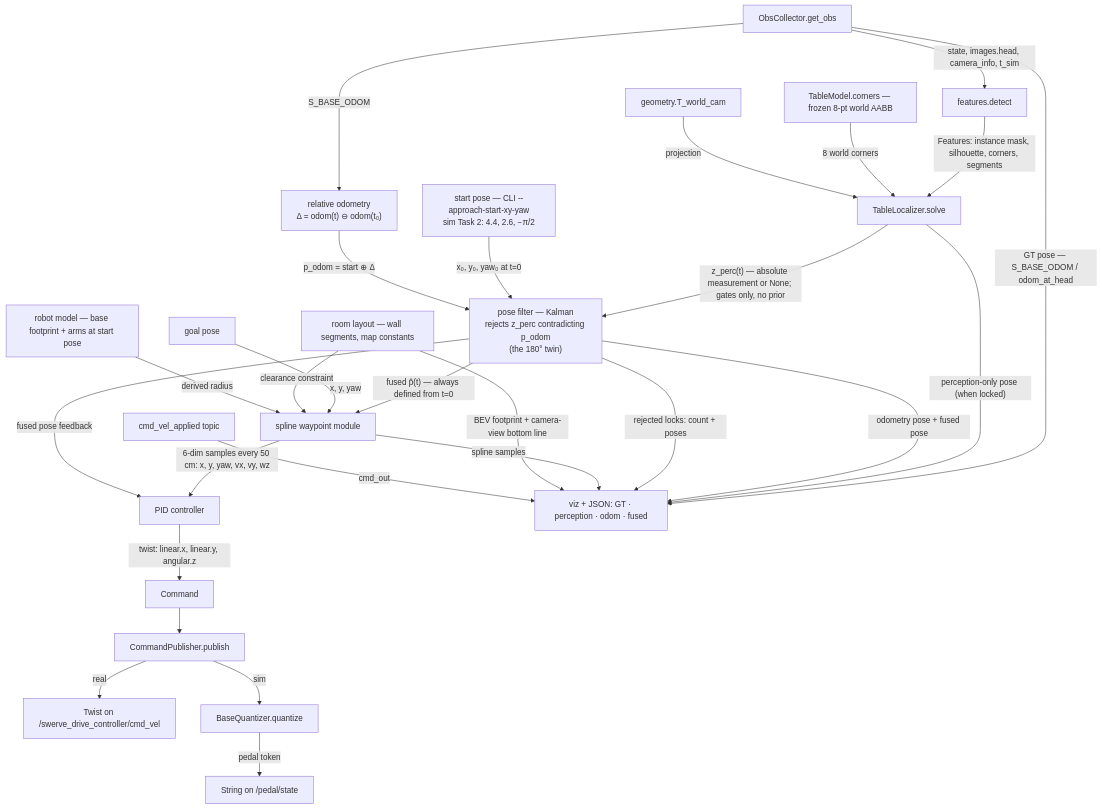
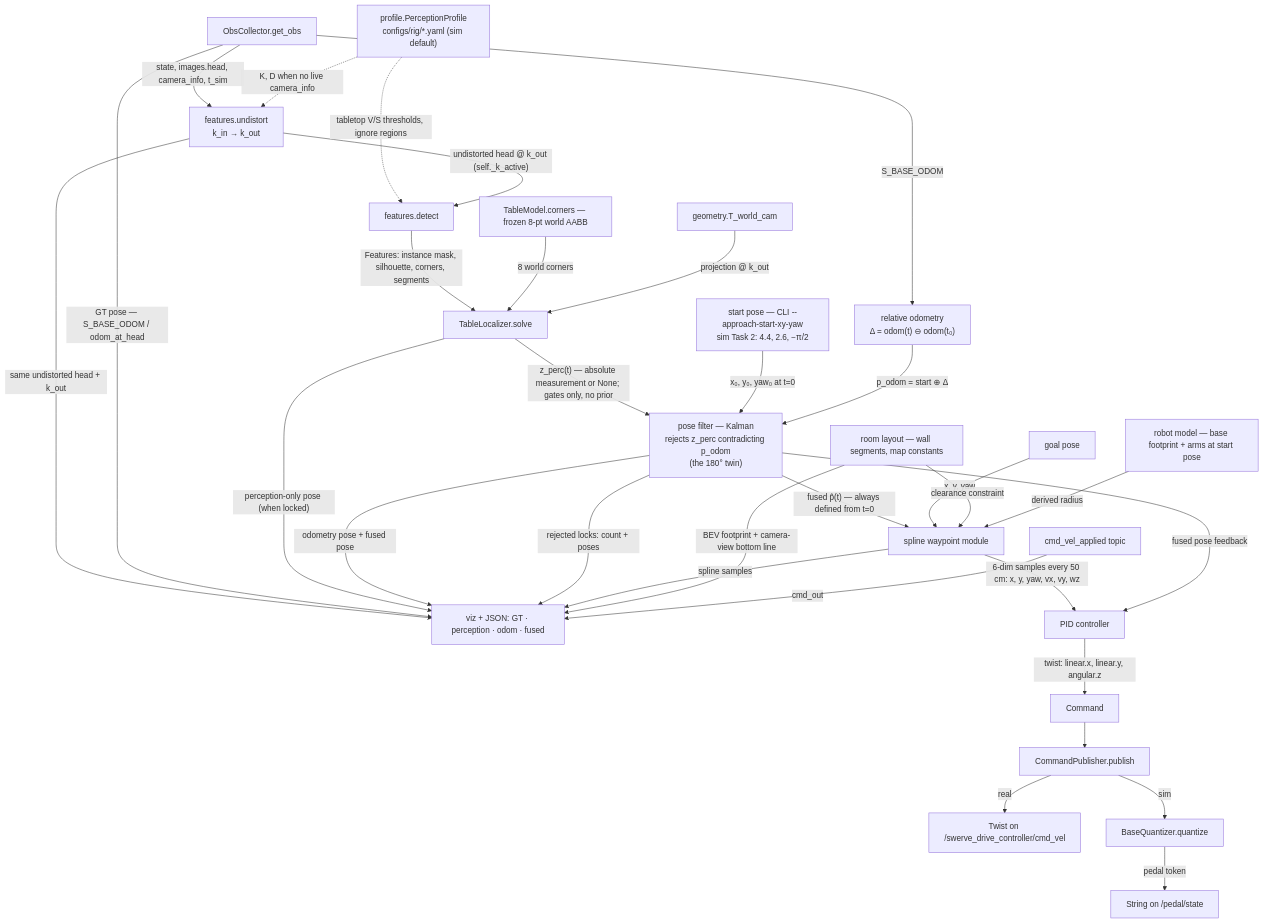
Before and after one commit to ostjul/camelo-ebim-task2-phase2-submission: the first of 2 diagrams in camelo/control/perception_based_navigation.md, drawn with Mermaid. The commit also changed other lines of this file and 257 other files, not shown here.

````diff
--- a/camelo/control/perception_based_navigation.md
+++ b/camelo/control/perception_based_navigation.md
@@ -30,29 +30,33 @@
 ```mermaid
 flowchart TD
-  obs["ObsCollector.get_obs"] -->|"state, images.head, camera_info, t_sim"| feat["features.detect"]
+  obs["ObsCollector.get_obs"] -->|"state, images.head, camera_info, t_sim"| undist["features.undistort<br/>k_in → k_out"]
+  camprof["profile.PerceptionProfile<br/>configs/rig/*.yaml (sim default)"] -.->|"K, D when no live camera_info"| undist
+  camprof -.->|"tabletop V/S thresholds, ignore regions"| feat
+  undist -->|"undistorted head @ k_out (self._k_active)"| feat["features.detect"]
+  undist -->|"same undistorted head + k_out"| viz
   feat -->|"Features: instance mask, silhouette, corners, segments"| loc["TableLocalizer.solve"]
   tbl["TableModel.corners — frozen 8-pt world AABB"] -->|"8 world corners"| loc
-  geom["geometry.T_world_cam"] -->|"projection"| loc
+  geom["geometry.T_world_cam"] -->|"projection @ k_out"| loc
   loc -->|"z_perc(t) — absolute measurement or None; gates only, no prior"| kf["pose filter — Kalman<br/>rejects z_perc contradicting p_odom<br/>(the 180° twin)"]
   start["start pose — CLI --approach-start-xy-yaw<br/>sim Task 2: 4.4, 2.6, −π/2"] -->|"x₀, y₀, yaw₀ at t=0"| kf
   obs -->|"S_BASE_ODOM"| odomrel["relative odometry<br/>Δ = odom(t) ⊖ odom(t₀)"]
   odomrel -->|"p_odom = start ⊕ Δ"| kf
   kf -->|"fused p̂(t) — always defined from t=0"| plan["spline waypoint module"]
   goal["goal pose"] -->|"x, y, yaw"| plan
   room["room layout — wall segments, map constants"] -->|"clearance constraint"| plan
   model["robot model — base footprint + arms at start pose"] -->|"derived radius"| plan
   plan -->|"6-dim samples every 50 cm: x, y, yaw, vx, vy, wz"| pid["PID controller"]
   kf -->|"fused pose feedback"| pid
   pid -->|"twist: linear.x, linear.y, angular.z"| cmd["Command"]
   cmd --> pub["CommandPublisher.publish"]
   pub -->|"real"| realwire["Twist on /swerve_drive_controller/cmd_vel"]
   pub -->|"sim"| quant["BaseQuantizer.quantize"]
   quant -->|"pedal token"| simwire["String on /pedal/state"]
   obs -->|"GT pose — S_BASE_ODOM / odom_at_head"| viz["viz + JSON: GT · perception · odom · fused"]
   loc -->|"perception-only pose (when locked)"| viz
   kf -->|"odometry pose + fused pose"| viz
   kf -->|"rejected locks: count + poses"| viz
   plan -->|"spline samples"| viz
   room -->|"BEV footprint + camera-view bottom line"| viz
   applied["cmd_vel_applied topic"] -->|"cmd_out"| viz
 ```
````
